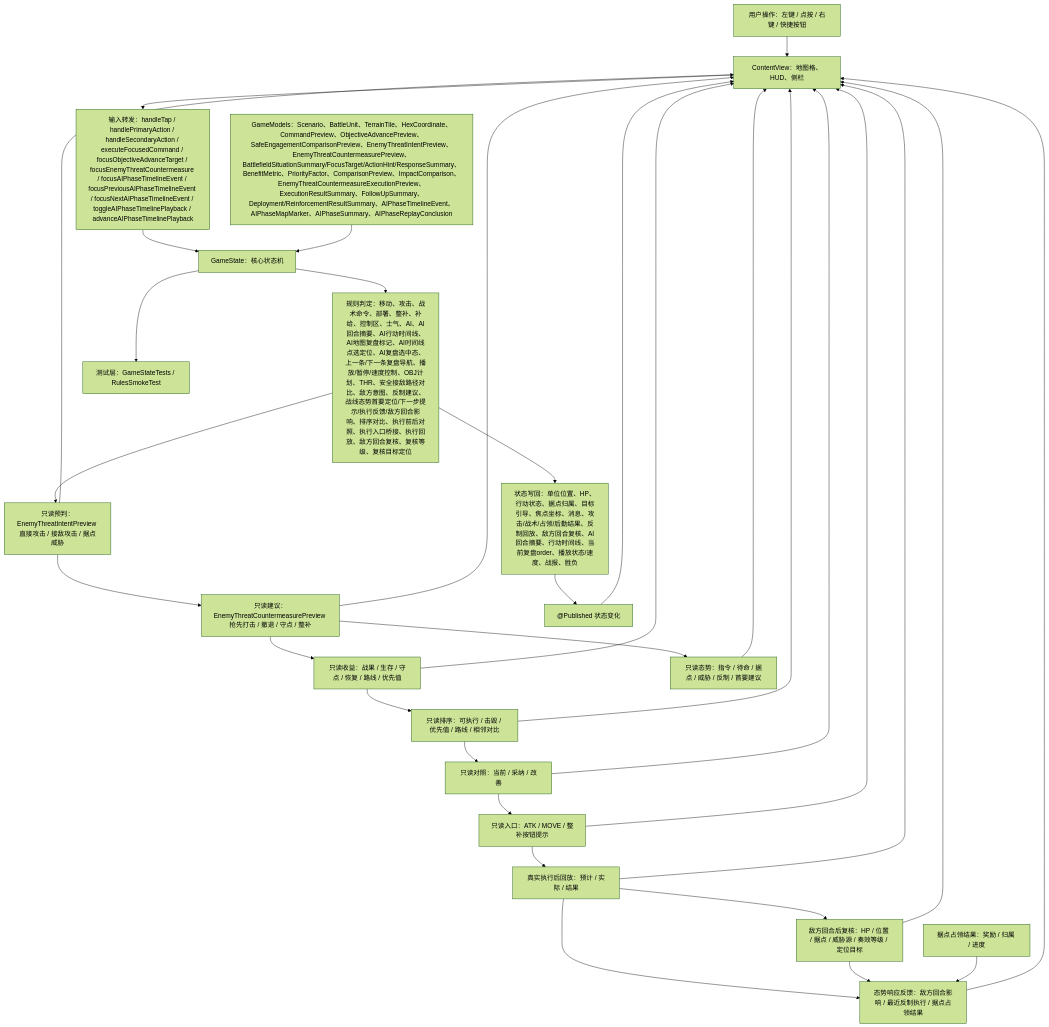
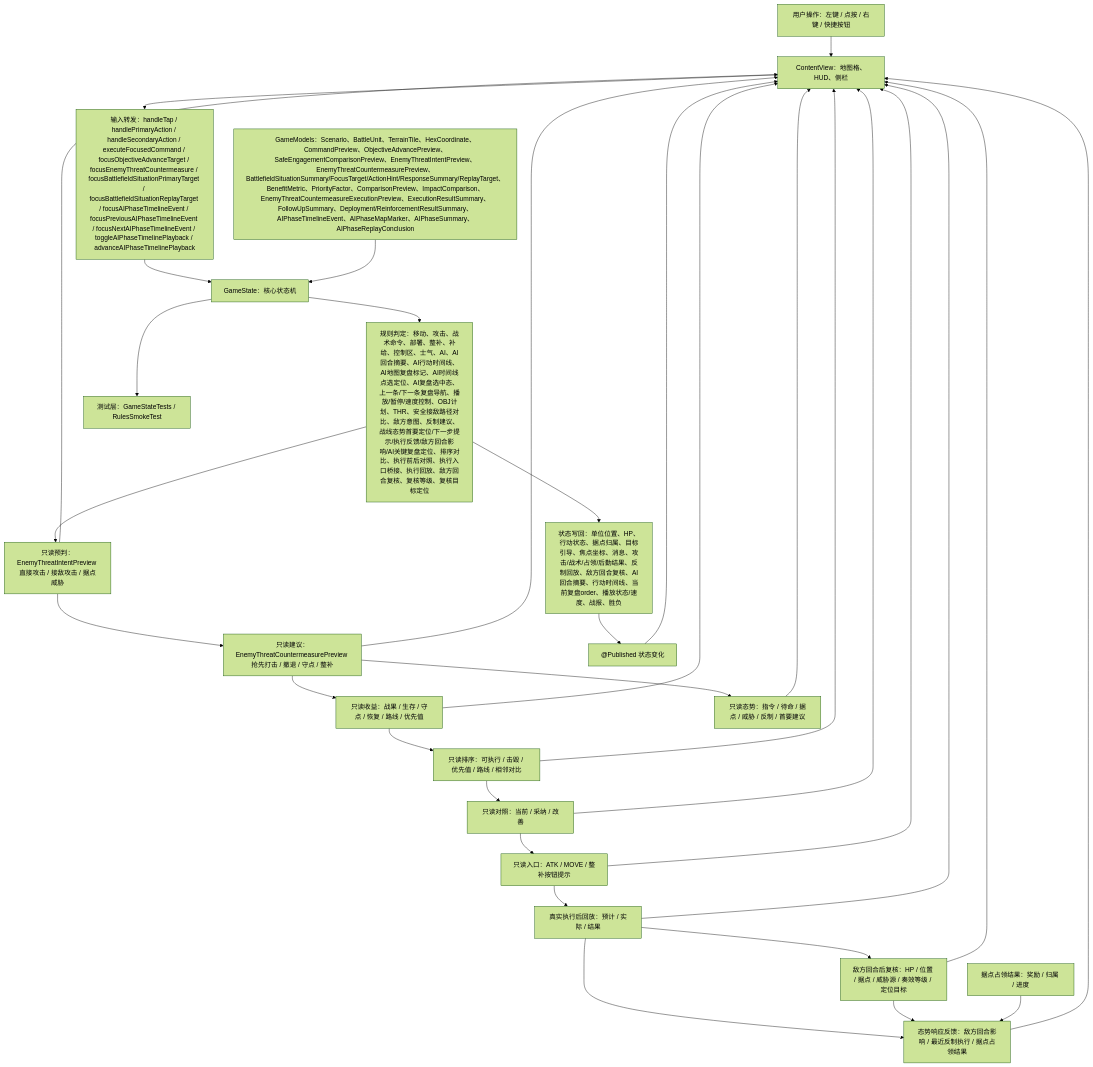
The first of 5 diagrams in md/flow/flowchart.md (Altman-sam114/116), drawn with Mermaid (forest theme) before and after one commit. The commit also changed other lines of this file and 11 other files, not shown here.

````diff
--- a/md/flow/flowchart.md
+++ b/md/flow/flowchart.md
@@ -9,34 +9,34 @@
 ```mermaid
 flowchart TD
   U["用户操作：左键 / 点按 / 右键 / 快捷按钮"] --> V["ContentView：地图格、HUD、侧栏"]
-  V --> I["输入转发：handleTap / handlePrimaryAction / handleSecondaryAction / executeFocusedCommand / focusObjectiveAdvanceTarget / focusEnemyThreatCountermeasure / focusAIPhaseTimelineEvent / focusPreviousAIPhaseTimelineEvent / focusNextAIPhaseTimelineEvent / toggleAIPhaseTimelinePlayback / advanceAIPhaseTimelinePlayback"]
+  V --> I["输入转发：handleTap / handlePrimaryAction / handleSecondaryAction / executeFocusedCommand / focusObjectiveAdvanceTarget / focusEnemyThreatCountermeasure / focusBattlefieldSituationPrimaryTarget / focusBattlefieldSituationReplayTarget / focusAIPhaseTimelineEvent / focusPreviousAIPhaseTimelineEvent / focusNextAIPhaseTimelineEvent / toggleAIPhaseTimelinePlayback / advanceAIPhaseTimelinePlayback"]
   I --> S["GameState：核心状态机"]
-  M["GameModels：Scenario、BattleUnit、TerrainTile、HexCoordinate、CommandPreview、ObjectiveAdvancePreview、SafeEngagementComparisonPreview、EnemyThreatIntentPreview、EnemyThreatCountermeasurePreview、BattlefieldSituationSummary/FocusTarget/ActionHint/ResponseSummary、BenefitMetric、PriorityFactor、ComparisonPreview、ImpactComparison、EnemyThreatCountermeasureExecutionPreview、ExecutionResultSummary、FollowUpSummary、Deployment/ReinforcementResultSummary、AIPhaseTimelineEvent、AIPhaseMapMarker、AIPhaseSummary、AIPhaseReplayConclusion"] --> S
-  S --> R["规则判定：移动、攻击、战术命令、部署、整补、补给、控制区、士气、AI、AI回合摘要、AI行动时间线、AI地图复盘标记、AI时间线点选定位、AI复盘选中态、上一条/下一条复盘导航、播放/暂停/速度控制、OBJ计划、THR、安全接敌路径对比、敌方意图、反制建议、战线态势首要定位/下一步提示/执行反馈/敌方回合影响、排序对比、执行前后对照、执行入口桥接、执行回放、敌方回合复核、复核等级、复核目标定位"]
+  M["GameModels：Scenario、BattleUnit、TerrainTile、HexCoordinate、CommandPreview、ObjectiveAdvancePreview、SafeEngagementComparisonPreview、EnemyThreatIntentPreview、EnemyThreatCountermeasurePreview、BattlefieldSituationSummary/FocusTarget/ActionHint/ResponseSummary/ReplayTarget、BenefitMetric、PriorityFactor、ComparisonPreview、ImpactComparison、EnemyThreatCountermeasureExecutionPreview、ExecutionResultSummary、FollowUpSummary、Deployment/ReinforcementResultSummary、AIPhaseTimelineEvent、AIPhaseMapMarker、AIPhaseSummary、AIPhaseReplayConclusion"] --> S
+  S --> R["规则判定：移动、攻击、战术命令、部署、整补、补给、控制区、士气、AI、AI回合摘要、AI行动时间线、AI地图复盘标记、AI时间线点选定位、AI复盘选中态、上一条/下一条复盘导航、播放/暂停/速度控制、OBJ计划、THR、安全接敌路径对比、敌方意图、反制建议、战线态势首要定位/下一步提示/执行反馈/敌方回合影响/AI关键复盘定位、排序对比、执行前后对照、执行入口桥接、执行回放、敌方回合复核、复核等级、复核目标定位"]
   R --> W["状态写回：单位位置、HP、行动状态、据点归属、目标引导、焦点坐标、消息、攻击/战术/占领/后勤结果、反制回放、敌方回合复核、AI回合摘要、行动时间线、当前复盘order、播放状态/速度、战报、胜负"]
   R --> EI["只读预判：EnemyThreatIntentPreview 直接攻击 / 接敌攻击 / 据点威胁"]
   EI --> EC["只读建议：EnemyThreatCountermeasurePreview 抢先打击 / 撤退 / 守点 / 整补"]
   EC --> BM["只读收益：战果 / 生存 / 守点 / 恢复 / 路线 / 优先值"]
   BM --> PC["只读排序：可执行 / 击毁 / 优先值 / 路线 / 相邻对比"]
   PC --> IP["只读对照：当前 / 采纳 / 改善"]
   IP --> EB["只读入口：ATK / MOVE / 整补按钮提示"]
   EC --> BS["只读态势：指令 / 待命 / 据点 / 威胁 / 反制 / 首要建议"]
   EB --> XR["真实执行后回放：预计 / 实际 / 结果"]
   XR --> BR["态势响应反馈：敌方回合影响 / 最近反制执行 / 据点占领结果"]
   XR --> FV["敌方回合后复核：HP / 位置 / 据点 / 威胁源 / 奏效等级 / 定位目标"]
   FV --> BR
   CAP["据点占领结果：奖励 / 归属 / 进度"] --> BR
   W --> P["@Published 状态变化"]
   P --> V
   EI --> V
   EC --> V
   BS --> V
   BR --> V
   BM --> V
   PC --> V
   IP --> V
   EB --> V
   XR --> V
   FV --> V
   S --> T["测试层：GameStateTests / RulesSmokeTest"]
 ```
````
